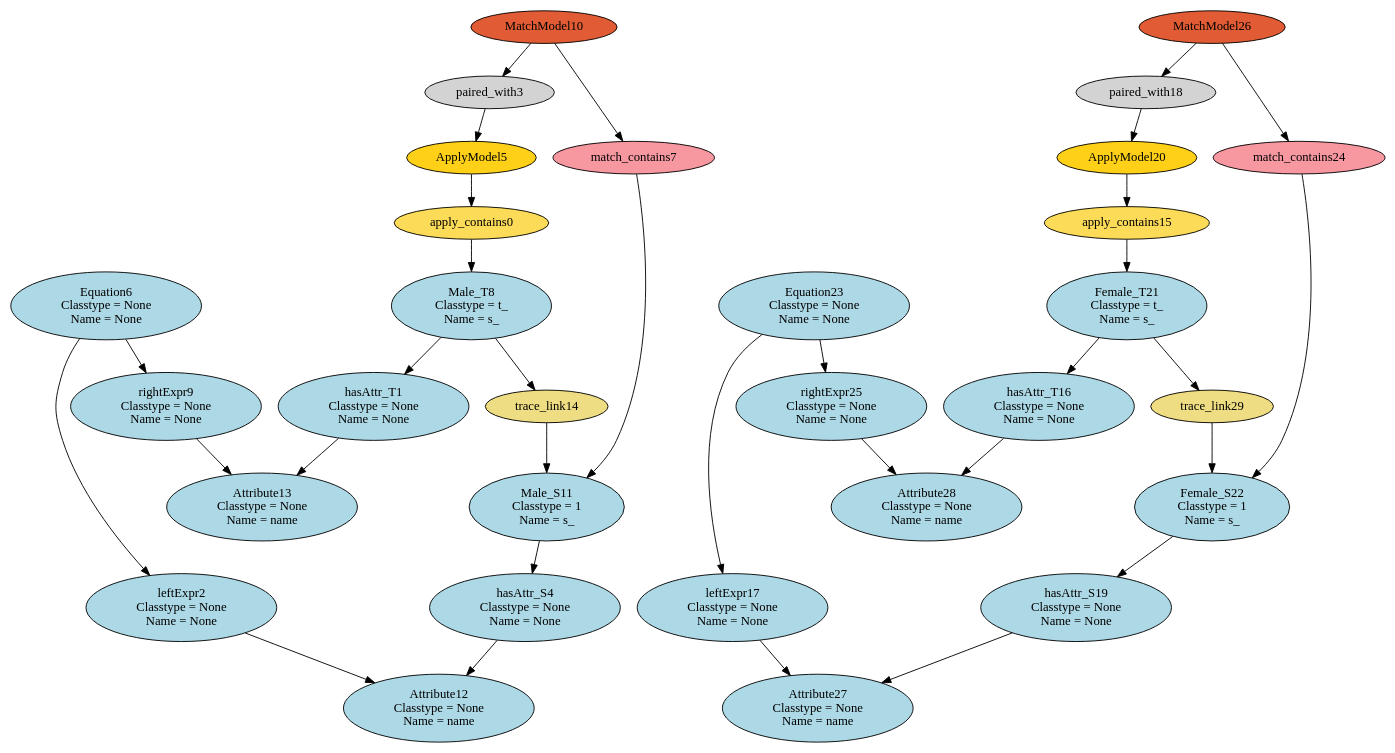
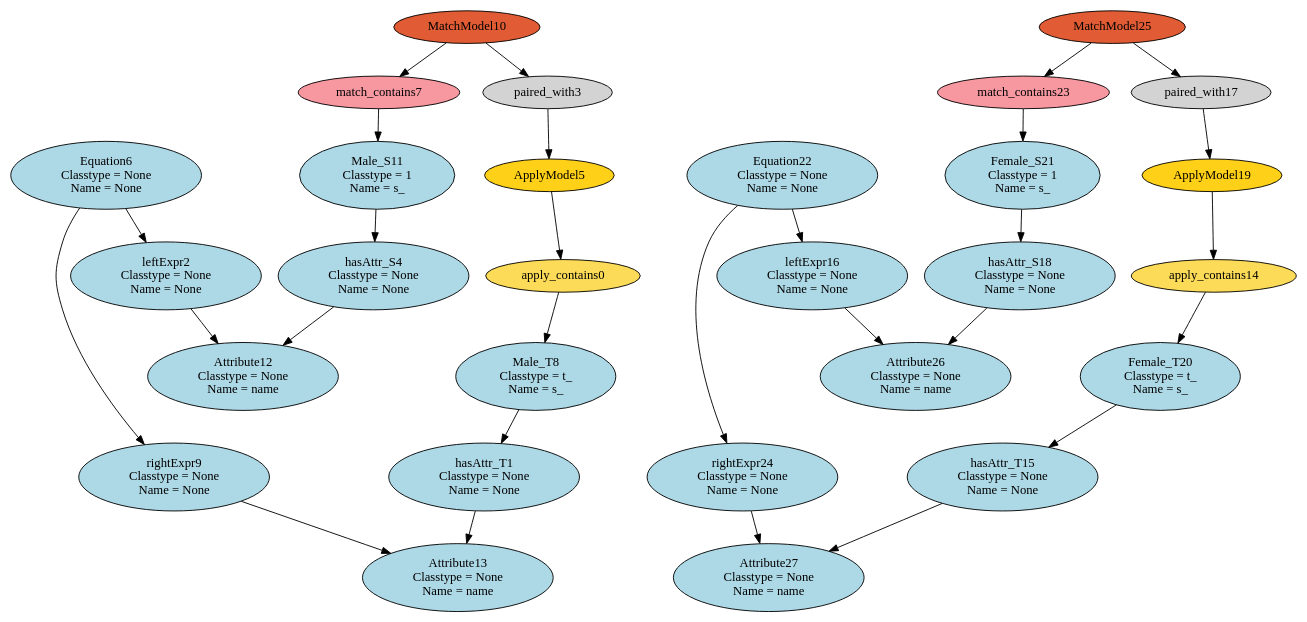
Before and after one commit to levilucio/SyVOLT: the diagram in dot/HEmptyPathCondition_HM2M_HF2F.dot, drawn with Graphviz. The commit also changed 146 other files, not shown here.

```diff
--- a/dot/HEmptyPathCondition_HM2M_HF2F.dot
+++ b/dot/HEmptyPathCondition_HM2M_HF2F.dot
@@ -1,64 +1,58 @@
 digraph HEmptyPathCondition_HM2M_HF2F {
 apply_contains0 [style=filled, fillcolor="#FCDB58"];
 "hasAttr_T1\n Classtype = None\n Name = None" [style=filled, fillcolor=lightblue];
 "leftExpr2\n Classtype = None\n Name = None" [style=filled, fillcolor=lightblue];
 paired_with3 [style=filled, fillcolor=lightgray];
 "hasAttr_S4\n Classtype = None\n Name = None" [style=filled, fillcolor=lightblue];
 ApplyModel5 [style=filled, fillcolor="#FED017"];
 "Equation6\n Classtype = None\n Name = None" [style=filled, fillcolor=lightblue];
 match_contains7 [style=filled, fillcolor="#F798A1"];
 "Male_T8\n Classtype = t_\n Name = s_" [style=filled, fillcolor=lightblue];
 "rightExpr9\n Classtype = None\n Name = None" [style=filled, fillcolor=lightblue];
 MatchModel10 [style=filled, fillcolor="#E15C34"];
 "Male_S11\n Classtype = 1\n Name = s_" [style=filled, fillcolor=lightblue];
 "Attribute12\n Classtype = None\n Name = name" [style=filled, fillcolor=lightblue];
 "Attribute13\n Classtype = None\n Name = name" [style=filled, fillcolor=lightblue];
-trace_link14 [style=filled, fillcolor=lightgoldenrod];
-apply_contains15 [style=filled, fillcolor="#FCDB58"];
-"hasAttr_T16\n Classtype = None\n Name = None" [style=filled, fillcolor=lightblue];
-"leftExpr17\n Classtype = None\n Name = None" [style=filled, fillcolor=lightblue];
-paired_with18 [style=filled, fillcolor=lightgray];
-"hasAttr_S19\n Classtype = None\n Name = None" [style=filled, fillcolor=lightblue];
-ApplyModel20 [style=filled, fillcolor="#FED017"];
-"Female_T21\n Classtype = t_\n Name = s_" [style=filled, fillcolor=lightblue];
-"Female_S22\n Classtype = 1\n Name = s_" [style=filled, fillcolor=lightblue];
-"Equation23\n Classtype = None\n Name = None" [style=filled, fillcolor=lightblue];
-match_contains24 [style=filled, fillcolor="#F798A1"];
-"rightExpr25\n Classtype = None\n Name = None" [style=filled, fillcolor=lightblue];
-MatchModel26 [style=filled, fillcolor="#E15C34"];
+apply_contains14 [style=filled, fillcolor="#FCDB58"];
+"hasAttr_T15\n Classtype = None\n Name = None" [style=filled, fillcolor=lightblue];
+"leftExpr16\n Classtype = None\n Name = None" [style=filled, fillcolor=lightblue];
+paired_with17 [style=filled, fillcolor=lightgray];
+"hasAttr_S18\n Classtype = None\n Name = None" [style=filled, fillcolor=lightblue];
+ApplyModel19 [style=filled, fillcolor="#FED017"];
+"Female_T20\n Classtype = t_\n Name = s_" [style=filled, fillcolor=lightblue];
+"Female_S21\n Classtype = 1\n Name = s_" [style=filled, fillcolor=lightblue];
+"Equation22\n Classtype = None\n Name = None" [style=filled, fillcolor=lightblue];
+match_contains23 [style=filled, fillcolor="#F798A1"];
+"rightExpr24\n Classtype = None\n Name = None" [style=filled, fillcolor=lightblue];
+MatchModel25 [style=filled, fillcolor="#E15C34"];
+"Attribute26\n Classtype = None\n Name = name" [style=filled, fillcolor=lightblue];
 "Attribute27\n Classtype = None\n Name = name" [style=filled, fillcolor=lightblue];
-"Attribute28\n Classtype = None\n Name = name" [style=filled, fillcolor=lightblue];
-trace_link29 [style=filled, fillcolor=lightgoldenrod];
 ApplyModel5 -> apply_contains0;
 apply_contains0 -> "Male_T8\n Classtype = t_\n Name = s_";
 "Male_T8\n Classtype = t_\n Name = s_" -> "hasAttr_T1\n Classtype = None\n Name = None";
 "hasAttr_T1\n Classtype = None\n Name = None" -> "Attribute13\n Classtype = None\n Name = name";
 "Equation6\n Classtype = None\n Name = None" -> "leftExpr2\n Classtype = None\n Name = None";
 "leftExpr2\n Classtype = None\n Name = None" -> "Attribute12\n Classtype = None\n Name = name";
 MatchModel10 -> paired_with3;
 paired_with3 -> ApplyModel5;
 "Male_S11\n Classtype = 1\n Name = s_" -> "hasAttr_S4\n Classtype = None\n Name = None";
 "hasAttr_S4\n Classtype = None\n Name = None" -> "Attribute12\n Classtype = None\n Name = name";
 "Equation6\n Classtype = None\n Name = None" -> "rightExpr9\n Classtype = None\n Name = None";
 MatchModel10 -> match_contains7;
 match_contains7 -> "Male_S11\n Classtype = 1\n Name = s_";
 "rightExpr9\n Classtype = None\n Name = None" -> "Attribute13\n Classtype = None\n Name = name";
-trace_link14 -> "Male_S11\n Classtype = 1\n Name = s_";
-"Male_T8\n Classtype = t_\n Name = s_" -> trace_link14;
-ApplyModel20 -> apply_contains15;
-apply_contains15 -> "Female_T21\n Classtype = t_\n Name = s_";
-"Female_T21\n Classtype = t_\n Name = s_" -> "hasAttr_T16\n Classtype = None\n Name = None";
-"hasAttr_T16\n Classtype = None\n Name = None" -> "Attribute28\n Classtype = None\n Name = name";
-"Equation23\n Classtype = None\n Name = None" -> "leftExpr17\n Classtype = None\n Name = None";
-"leftExpr17\n Classtype = None\n Name = None" -> "Attribute27\n Classtype = None\n Name = name";
-MatchModel26 -> paired_with18;
-paired_with18 -> ApplyModel20;
-"Female_S22\n Classtype = 1\n Name = s_" -> "hasAttr_S19\n Classtype = None\n Name = None";
-"hasAttr_S19\n Classtype = None\n Name = None" -> "Attribute27\n Classtype = None\n Name = name";
-match_contains24 -> "Female_S22\n Classtype = 1\n Name = s_";
-"Equation23\n Classtype = None\n Name = None" -> "rightExpr25\n Classtype = None\n Name = None";
-MatchModel26 -> match_contains24;
-"rightExpr25\n Classtype = None\n Name = None" -> "Attribute28\n Classtype = None\n Name = name";
-trace_link29 -> "Female_S22\n Classtype = 1\n Name = s_";
-"Female_T21\n Classtype = t_\n Name = s_" -> trace_link29;
+ApplyModel19 -> apply_contains14;
+apply_contains14 -> "Female_T20\n Classtype = t_\n Name = s_";
+"Female_T20\n Classtype = t_\n Name = s_" -> "hasAttr_T15\n Classtype = None\n Name = None";
+"hasAttr_T15\n Classtype = None\n Name = None" -> "Attribute27\n Classtype = None\n Name = name";
+"Equation22\n Classtype = None\n Name = None" -> "leftExpr16\n Classtype = None\n Name = None";
+"leftExpr16\n Classtype = None\n Name = None" -> "Attribute26\n Classtype = None\n Name = name";
+MatchModel25 -> paired_with17;
+paired_with17 -> ApplyModel19;
+"Female_S21\n Classtype = 1\n Name = s_" -> "hasAttr_S18\n Classtype = None\n Name = None";
+"hasAttr_S18\n Classtype = None\n Name = None" -> "Attribute26\n Classtype = None\n Name = name";
+match_contains23 -> "Female_S21\n Classtype = 1\n Name = s_";
+"Equation22\n Classtype = None\n Name = None" -> "rightExpr24\n Classtype = None\n Name = None";
+MatchModel25 -> match_contains23;
+"rightExpr24\n Classtype = None\n Name = None" -> "Attribute27\n Classtype = None\n Name = name";
 }
```
